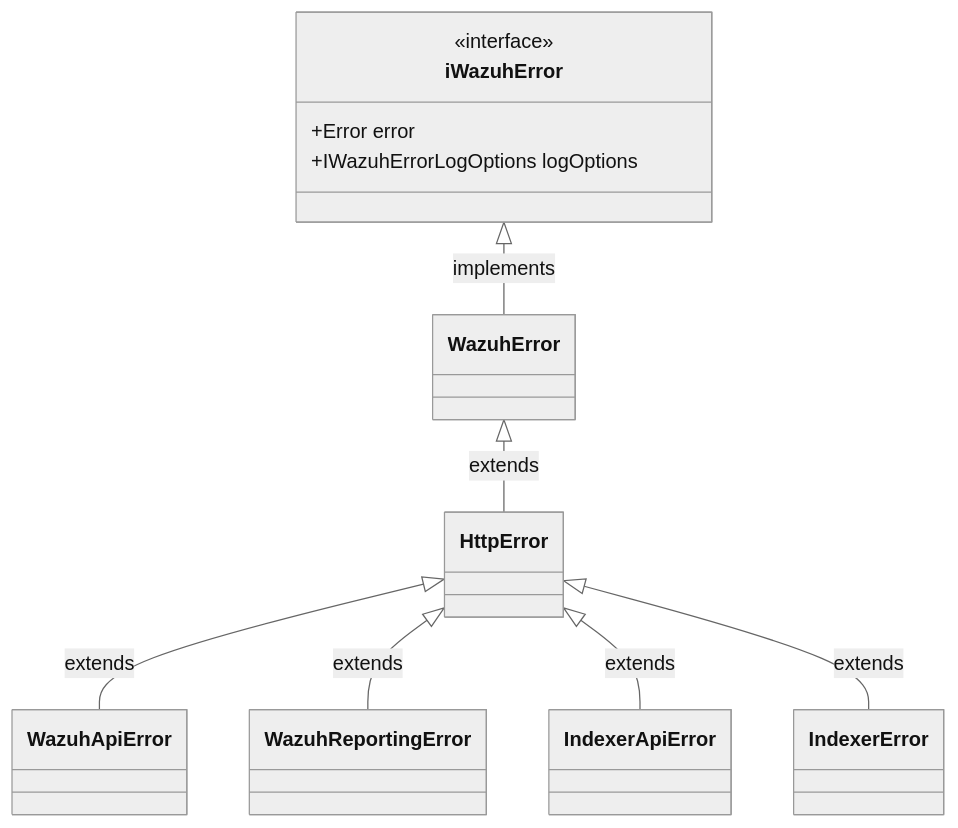
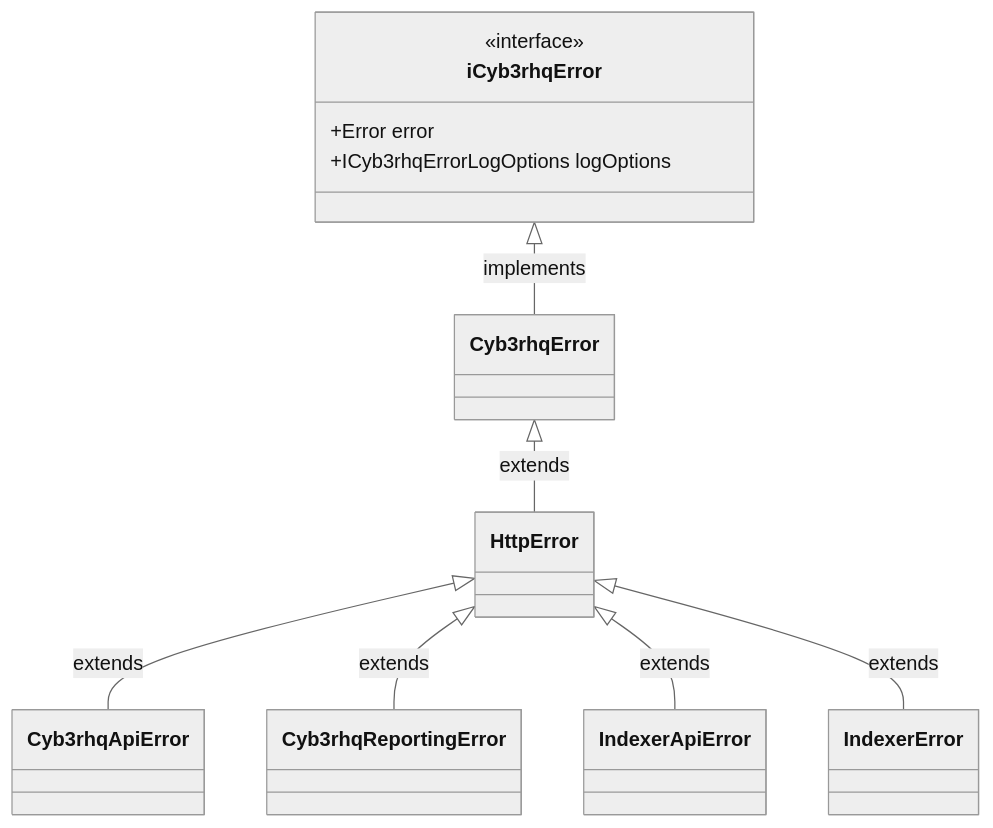
The second of 2 diagrams in plugins/main/public/react-services/error-management/docs/README.md (Cyb3rhq/cyb3rhq-dashboard-plugins), drawn with Mermaid (neutral theme) before and after one commit. The commit also changed other lines of this file and 1893 other files, not shown here.

````diff
--- a/plugins/main/public/react-services/error-management/docs/README.md
+++ b/plugins/main/public/react-services/error-management/docs/README.md
@@ -134,17 +134,17 @@
 ```mermaid
 classDiagram
 
-class iWazuhError {
+class iCyb3rhqError {
     <<interface>>
     +Error error
-    +IWazuhErrorLogOptions logOptions
+    +ICyb3rhqErrorLogOptions logOptions
 }
 
-iWazuhError <|-- WazuhError : implements
-WazuhError <|-- HttpError : extends
-HttpError <|-- WazuhApiError : extends
-HttpError <|-- WazuhReportingError : extends
+iCyb3rhqError <|-- Cyb3rhqError : implements
+Cyb3rhqError <|-- HttpError : extends
+HttpError <|-- Cyb3rhqApiError : extends
+HttpError <|-- Cyb3rhqReportingError : extends
 HttpError <|-- IndexerApiError : extends
 HttpError <|-- IndexerError : extends
 
 ```
````
